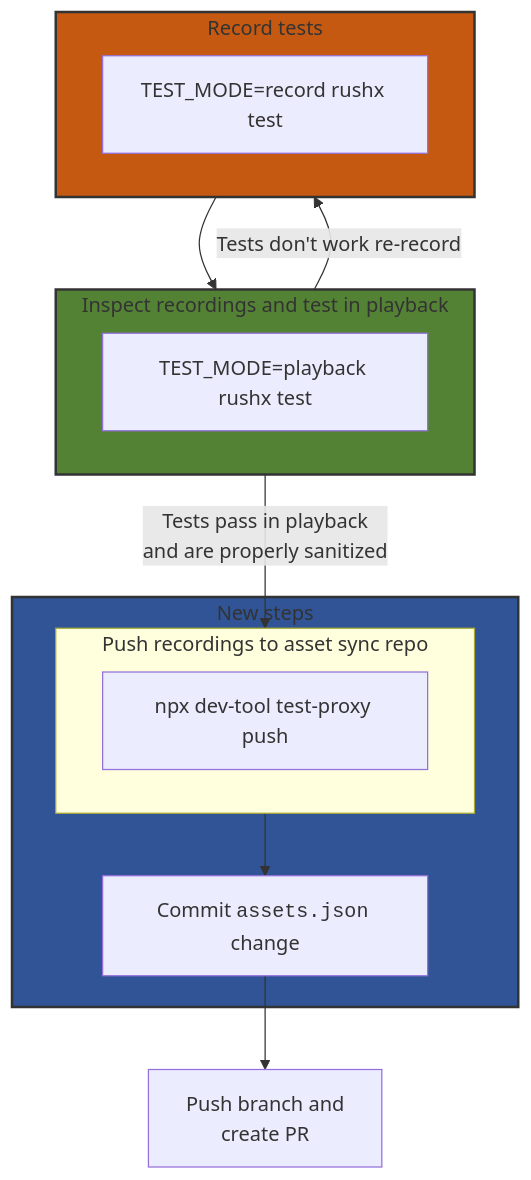
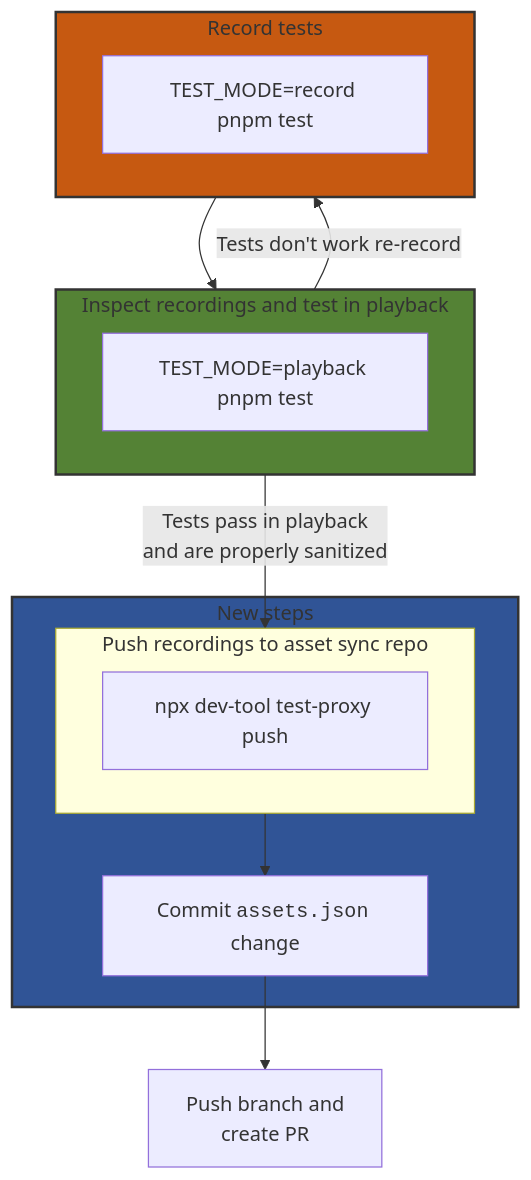
The diagram in sdk/test-utils/recorder/ASSET_SYNC_MIGRATION.md (Azure/azure-sdk-for-js), drawn with Mermaid before and after one commit. The commit also changed other lines of this file and 57 other files, not shown here.

````diff
--- a/sdk/test-utils/recorder/ASSET_SYNC_MIGRATION.md
+++ b/sdk/test-utils/recorder/ASSET_SYNC_MIGRATION.md
@@ -96,31 +96,31 @@
 ```mermaid
 graph TD
     subgraph p3 [New steps]
         subgraph p4 [Push recordings to asset sync repo]
             push[npx dev-tool test-proxy push]
         end
         p4-->assets[Commit <code>assets.json</code> change]
     end
 
     assets --> pr[Push branch and\ncreate PR]
 
     subgraph p2 [Inspect recordings and test in playback]
-        playback[TEST_MODE=playback rushx test]
+        playback[TEST_MODE=playback pnpm test]
     end
 
     subgraph p1 [Record tests]
-        record[TEST_MODE=record rushx test]
+        record[TEST_MODE=record pnpm test]
     end
 
     p1 --> p2
     p2 -- Tests don't work re-record --> p1
     p2 -- Tests pass in playback\nand are properly sanitized --> p4
 
 
     classDef green fill:#548235,stroke:#333,stroke-width:2px
     classDef orange fill:#C65911,stroke:#333,stroke-width:2px
     classDef blue fill:#305496,stroke:#333,stroke-width:2px
     class p1 orange
     class p2 green
     class p3 blue
 ```
````
